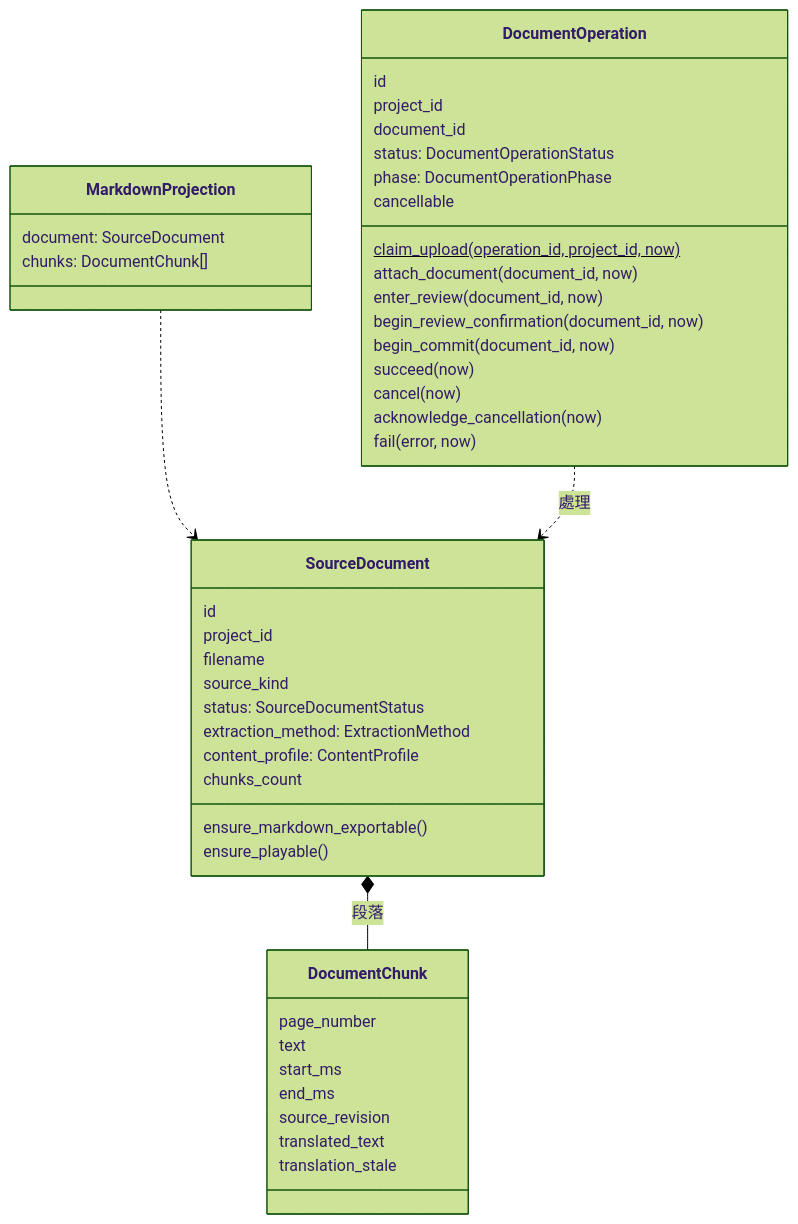
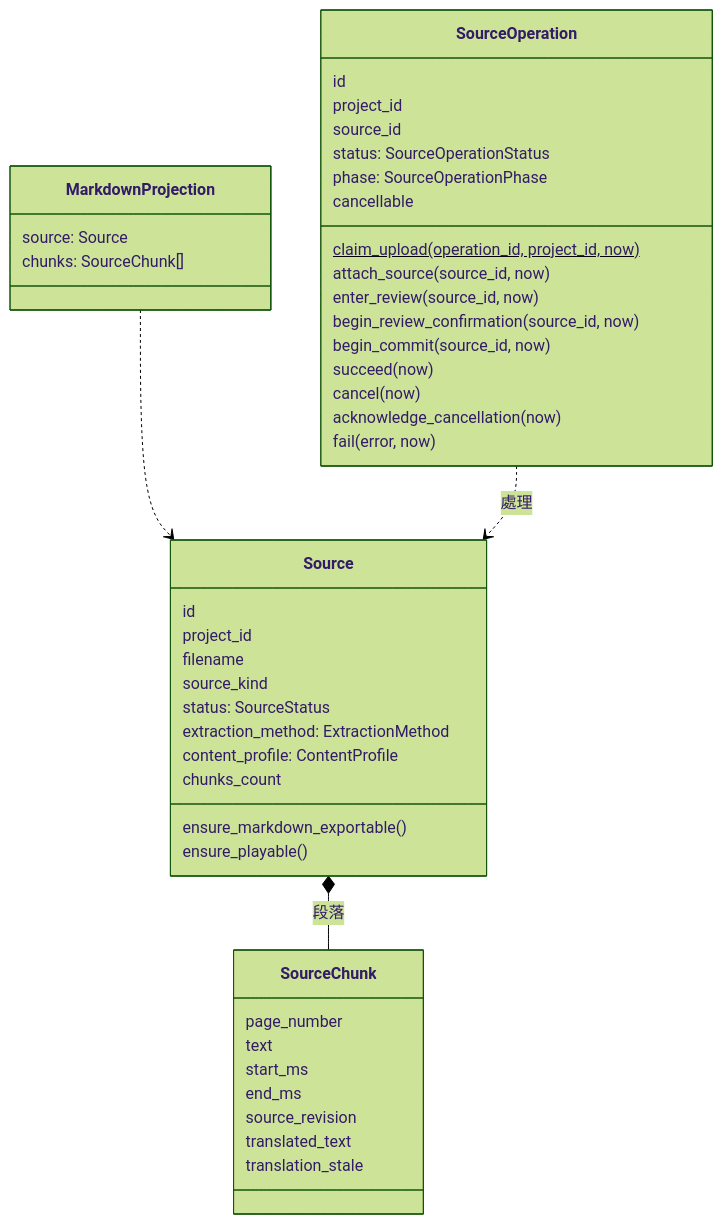
One commit to WodenWang820118/cert-prep changed the first of 3 diagrams in docs/domain/source_library.md. Above: the diagram before and after it, drawn with Mermaid (forest theme). The commit also changed other lines of this file and 336 other files, not shown here.

````diff
--- a/docs/domain/source_library.md
+++ b/docs/domain/source_library.md
@@ -36,48 +36,48 @@
 ```mermaid
 classDiagram
-  class SourceDocument {
+  class Source {
     id
     project_id
     filename
     source_kind
-    status: SourceDocumentStatus
+    status: SourceStatus
     extraction_method: ExtractionMethod
     content_profile: ContentProfile
     chunks_count
     ensure_markdown_exportable()
     ensure_playable()
   }
-  class DocumentChunk {
+  class SourceChunk {
     page_number
     text
     start_ms
     end_ms
     source_revision
     translated_text
     translation_stale
   }
   class MarkdownProjection {
-    document: SourceDocument
-    chunks: DocumentChunk[]
+    source: Source
+    chunks: SourceChunk[]
   }
-  class DocumentOperation {
+  class SourceOperation {
     id
     project_id
-    document_id
-    status: DocumentOperationStatus
-    phase: DocumentOperationPhase
+    source_id
+    status: SourceOperationStatus
+    phase: SourceOperationPhase
     cancellable
     claim_upload(operation_id, project_id, now)$
-    attach_document(document_id, now)
-    enter_review(document_id, now)
-    begin_review_confirmation(document_id, now)
-    begin_commit(document_id, now)
+    attach_source(source_id, now)
+    enter_review(source_id, now)
+    begin_review_confirmation(source_id, now)
+    begin_commit(source_id, now)
     succeed(now)
     cancel(now)
     acknowledge_cancellation(now)
     fail(error, now)
   }
-  SourceDocument *-- DocumentChunk : 段落
-  MarkdownProjection ..> SourceDocument
-  DocumentOperation ..> SourceDocument : 處理
+  Source *-- SourceChunk : 段落
+  MarkdownProjection ..> Source
+  SourceOperation ..> Source : 處理
 ```
````
